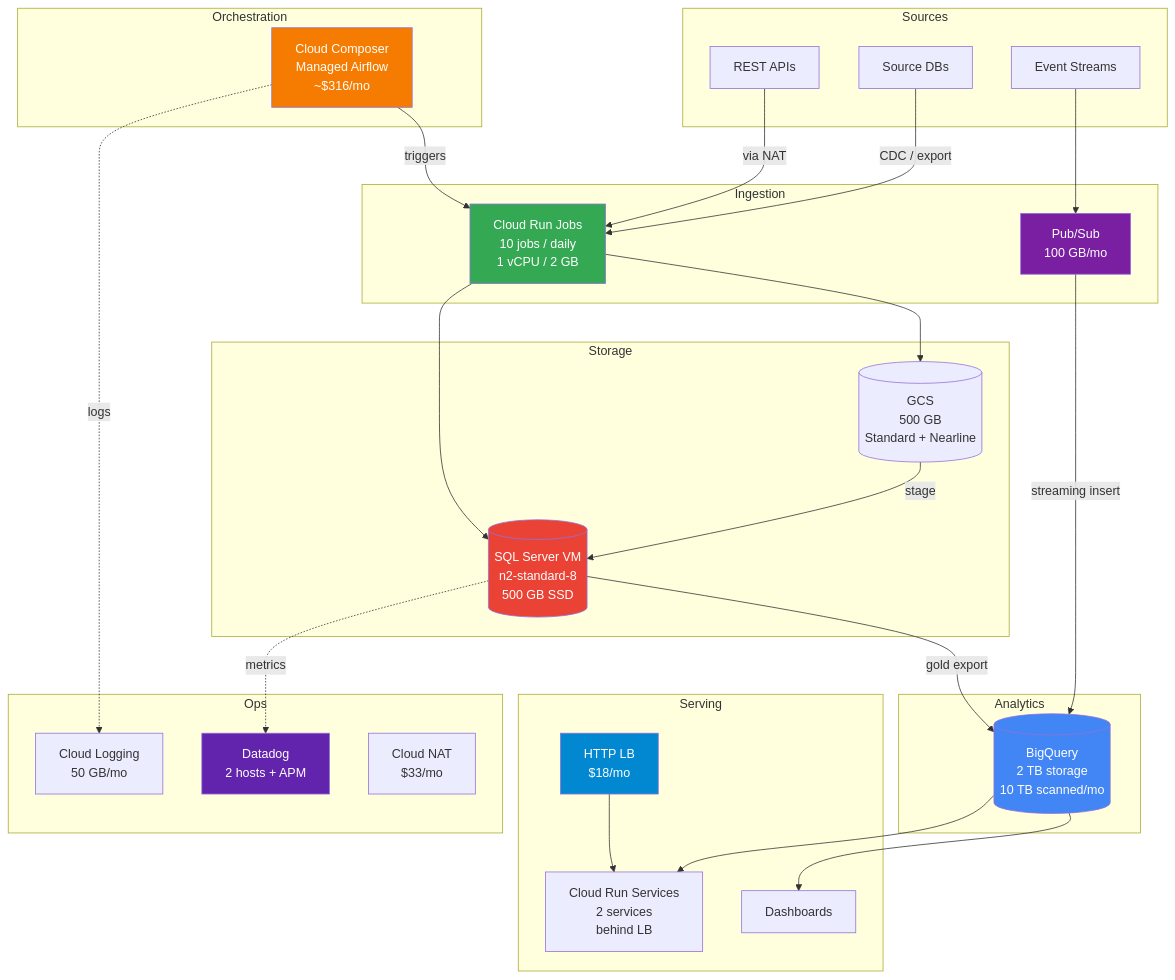
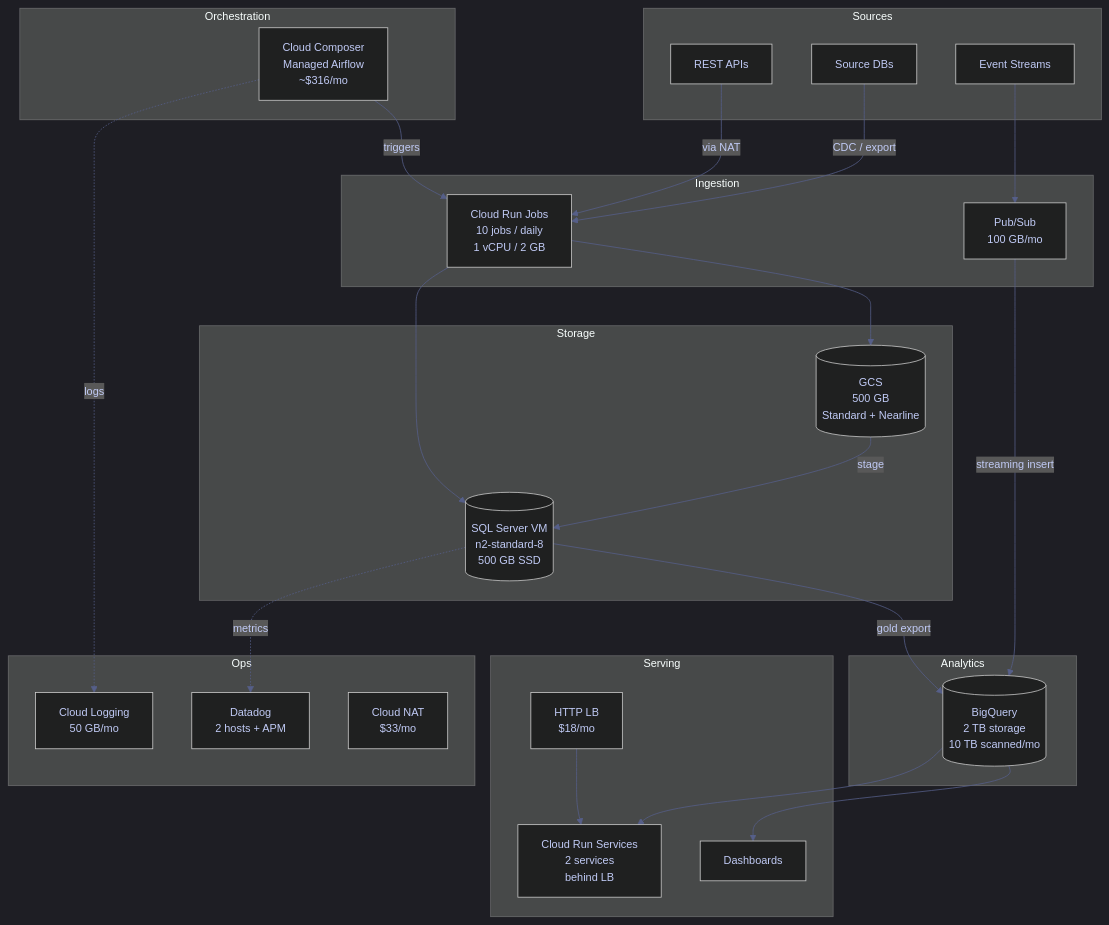
Before and after one commit to alp78/elysium: the third of 3 diagrams in content/06-GCP/Cost-Management/gcp-total-cost-of-ownership.md, drawn with Mermaid. The commit also changed other lines of this file and 92 other files, not shown here.

````diff
--- a/content/06-GCP/Cost-Management/gcp-total-cost-of-ownership.md
+++ b/content/06-GCP/Cost-Management/gcp-total-cost-of-ownership.md
@@ -526,61 +559,65 @@
 ```mermaid
-graph TD
+%%{init: {'theme': 'dark', 'themeVariables': {
+  'primaryColor': '#292e42',
+  'primaryTextColor': '#c0caf5',
+  'primaryBorderColor': '#565f89',
+  'lineColor': '#565f89',
+  'secondaryColor': '#1a1b26',
+  'tertiaryColor': '#24283b',
+  'noteTextColor': '#c0caf5',
+  'noteBkgColor': '#292e42',
+  'textColor': '#c0caf5',
+  'fontSize': '14px'
+}}}%%
+flowchart TD
     subgraph Sources
         API[REST APIs]
         DB[Source DBs]
         EVT[Event Streams]
     end
 
     subgraph Orchestration
         COMP[Cloud Composer\nManaged Airflow\n~$316/mo]
     end
 
     subgraph Ingestion
         CRJ[Cloud Run Jobs\n10 jobs / daily\n1 vCPU / 2 GB]
         PS[Pub/Sub\n100 GB/mo]
     end
 
     subgraph Storage
         GCS[(GCS\n500 GB\nStandard + Nearline)]
         SQLVM[(SQL Server VM\nn2-standard-8\n500 GB SSD)]
     end
 
     subgraph Analytics
         BQ[(BigQuery\n2 TB storage\n10 TB scanned/mo)]
     end
 
     subgraph Serving
         CRS[Cloud Run Services\n2 services\nbehind LB]
         LB[HTTP LB\n$18/mo]
         DASH[Dashboards]
     end
 
     subgraph Ops
         DD[Datadog\n2 hosts + APM]
         LOG[Cloud Logging\n50 GB/mo]
         NAT[Cloud NAT\n$33/mo]
     end
 
     API -->|via NAT| CRJ
     DB -->|CDC / export| CRJ
     EVT --> PS
     PS -->|streaming insert| BQ
     COMP -->|triggers| CRJ
     CRJ --> GCS
     CRJ --> SQLVM
     GCS -->|stage| SQLVM
     SQLVM -->|gold export| BQ
     BQ --> DASH
     BQ --> CRS
     LB --> CRS
     SQLVM -.->|metrics| DD
     COMP -.->|logs| LOG
-
-    style COMP fill:#f57c00,color:#fff
-    style SQLVM fill:#ea4335,color:#fff
-    style BQ fill:#4285f4,color:#fff
-    style CRJ fill:#34a853,color:#fff
-    style PS fill:#7b1fa2,color:#fff
-    style DD fill:#6324ad,color:#fff
-    style LB fill:#0288d1,color:#fff
 ```
````
